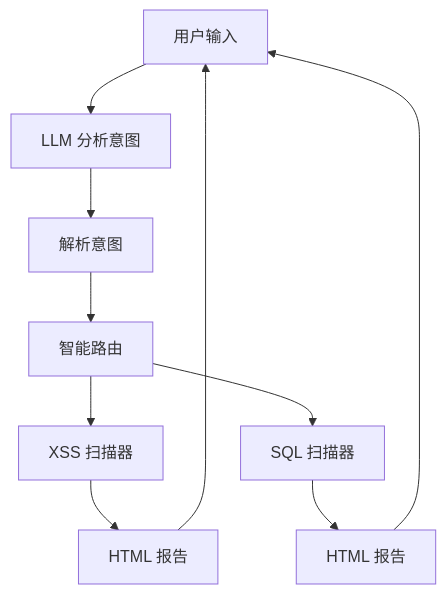
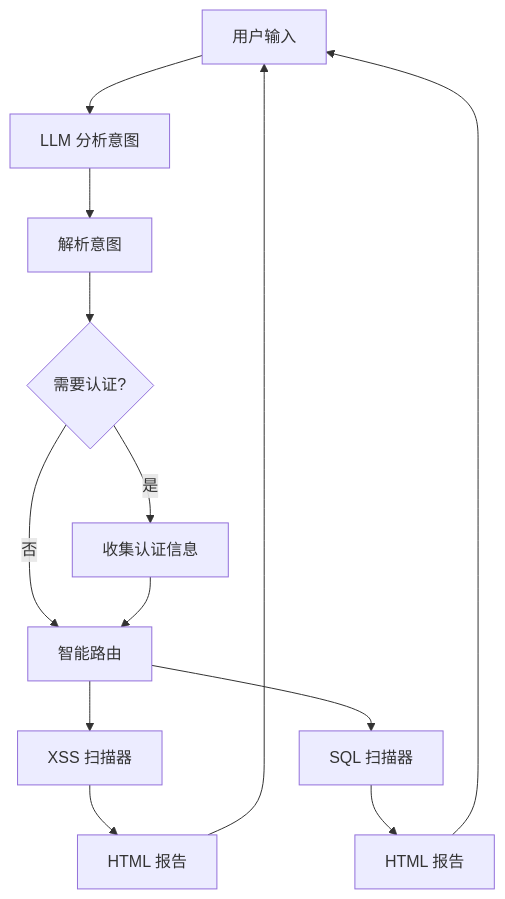
One commit to 0xdfggzsl/pt_agent changed the diagram in unified_agent/README.md. Above: the diagram before and after it, drawn with Mermaid. The commit also changed other lines of this file, not shown here.

````diff
--- a/unified_agent/README.md
+++ b/unified_agent/README.md
@@ -64,12 +143,15 @@
 ```mermaid
 graph TD
     User[用户输入] --> LLM[LLM 分析意图]
     LLM --> Intent[解析意图]
-    Intent --> Router[智能路由]
+    Intent --> Check{需要认证?}
+    Check -->|是| Auth[收集认证信息]
+    Check -->|否| Router[智能路由]
+    Auth --> Router
     Router --> XSS[XSS 扫描器]
     Router --> SQL[SQL 扫描器]
     XSS --> Report1[HTML 报告]
     SQL --> Report2[HTML 报告]
     Report1 --> User
     Report2 --> User
 ```
````
